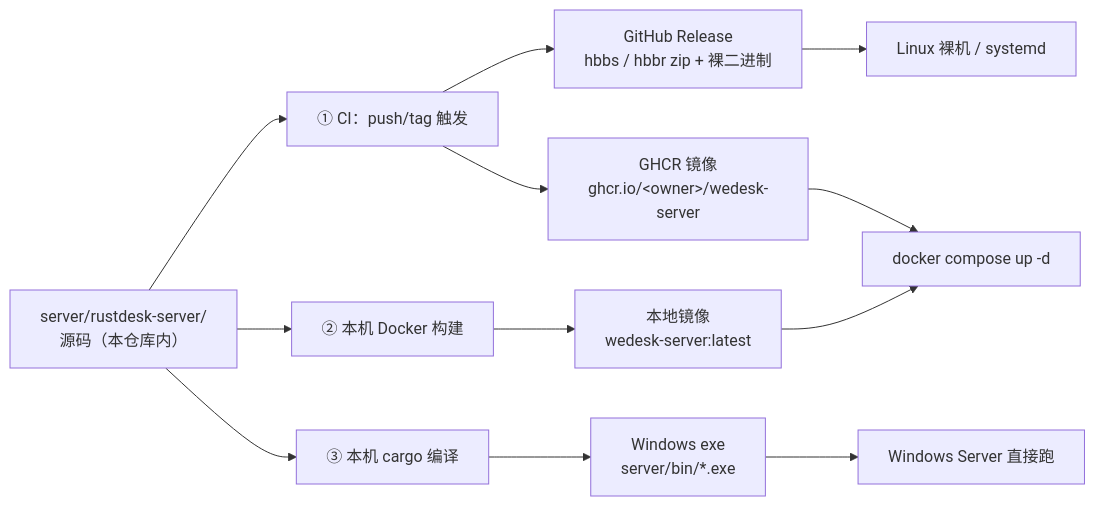
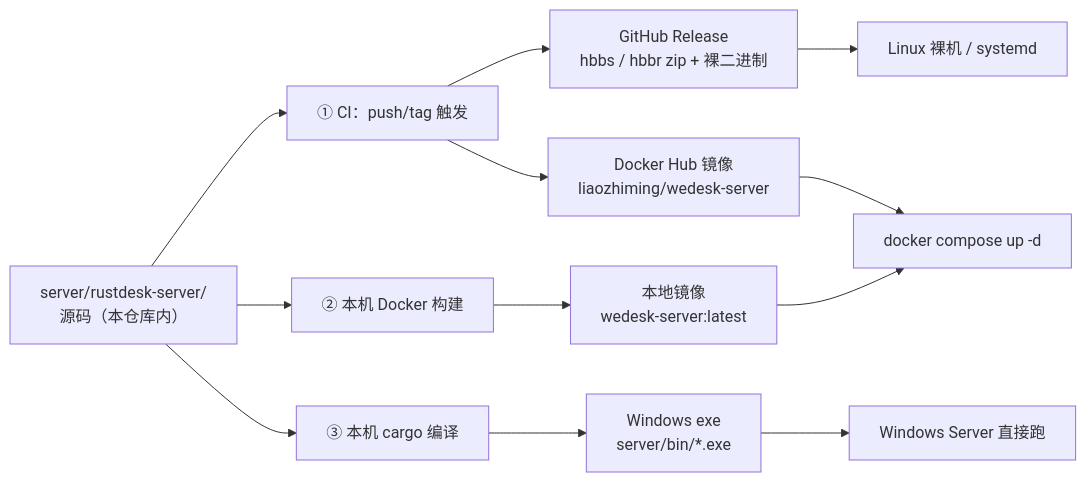
Before and after one commit to liaozhimingandy/wedesk: the diagram in docs/09-server-build.md, drawn with Mermaid. The commit also changed other lines of this file and 5 other files, not shown here.

First line of the commit message:
服务端镜像改推 Docker Hub（liaozhiming/wedesk-server）

````diff
--- a/docs/09-server-build.md
+++ b/docs/09-server-build.md
@@ -39,14 +39,14 @@
 ```mermaid
 flowchart LR
     A["server/rustdesk-server/<br/>源码（本仓库内）"] --> B1["① CI：push/tag 触发"]
     A --> B2["② 本机 Docker 构建"]
     A --> B3["③ 本机 cargo 编译"]
     B1 --> C1["GitHub Release<br/>hbbs / hbbr zip + 裸二进制"]
-    B1 --> C2["GHCR 镜像<br/>ghcr.io/&lt;owner&gt;/wedesk-server"]
+    B1 --> C2["Docker Hub 镜像<br/>liaozhiming/wedesk-server"]
     B2 --> C3["本地镜像<br/>wedesk-server:latest"]
     B3 --> C4["Windows exe<br/>server/bin/*.exe"]
     C2 --> D["docker compose up -d"]
     C3 --> D
     C1 --> E["Linux 裸机 / systemd"]
     C4 --> F["Windows Server 直接跑"]
 ```
````
